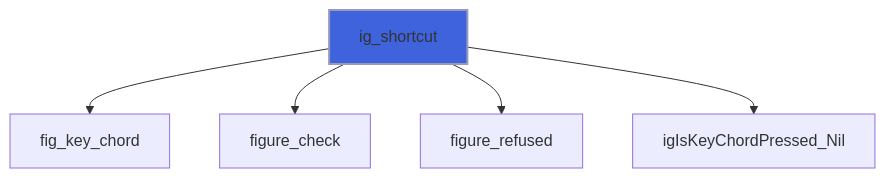
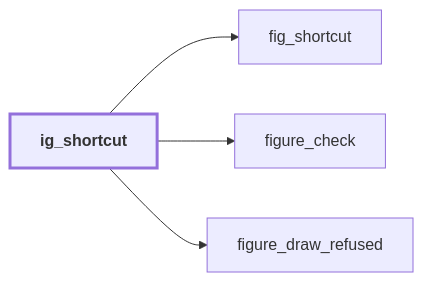
Before and after one commit to szaghi/figure: diagram 13 of 16 in docs/api/src/lib/figure_menu.md, drawn with Mermaid. The commit also changed other lines of this file and 54 other files, not shown here.

````diff
--- a/docs/api/src/lib/figure_menu.md
+++ b/docs/api/src/lib/figure_menu.md
@@ -304,8 +410,11 @@
 ```mermaid
-flowchart TD
-  ig_shortcut["ig_shortcut"] --> fig_key_chord["fig_key_chord"]
+flowchart LR
+  ig_shortcut["ig_shortcut"] --> fig_shortcut["fig_shortcut"]
   ig_shortcut["ig_shortcut"] --> figure_check["figure_check"]
-  ig_shortcut["ig_shortcut"] --> figure_refused["figure_refused"]
-  ig_shortcut["ig_shortcut"] --> igIsKeyChordPressed_Nil["igIsKeyChordPressed_Nil"]
-  style ig_shortcut fill:#3e63dd,stroke:#99b,stroke-width:2px
+  ig_shortcut["ig_shortcut"] --> figure_draw_refused["figure_draw_refused"]
+  classDef focus stroke-width:3px,font-weight:bold
+  class ig_shortcut focus
+  click figure_draw_refused href "figure_base.html#figure-draw-refused" "figure_draw_refused"
+  click fig_shortcut href "figure_c_native.html#fig-shortcut" "fig_shortcut"
+  click figure_check href "figure_base.html#figure-check" "figure_check"
 ```
````
